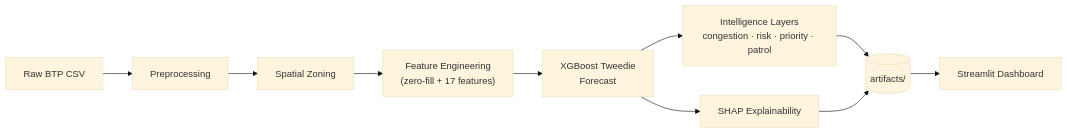
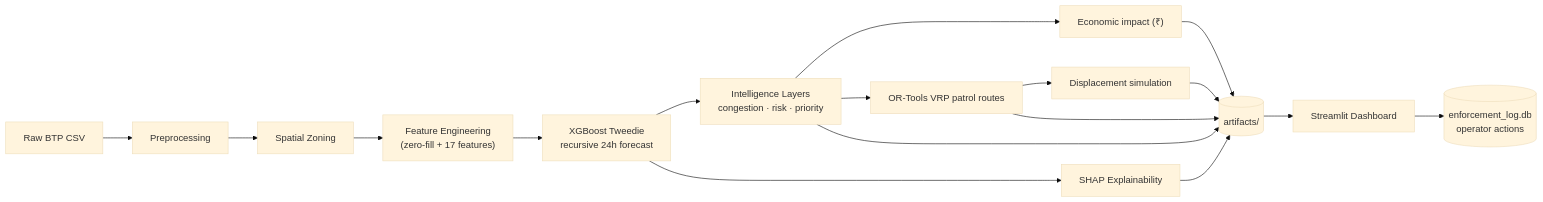
The first of 3 diagrams in README.md (SajeevSenthil/ParkFlow-AI), drawn with Mermaid (base theme) before and after one commit. The commit also changed other lines of this file and 5 other files, not shown here.

````diff
--- a/README.md
+++ b/README.md
@@ -39,12 +42,19 @@
 ```mermaid
 flowchart LR
   A[Raw BTP CSV] --> B[Preprocessing]
   B --> C[Spatial Zoning]
   C --> D["Feature Engineering<br/>(zero-fill + 17 features)"]
-  D --> E["XGBoost Tweedie<br/>Forecast"]
-  E --> F["Intelligence Layers<br/>congestion · risk · priority · patrol"]
+  D --> E["XGBoost Tweedie<br/>recursive 24h forecast"]
+  E --> F["Intelligence Layers<br/>congestion · risk · priority"]
   E --> G[SHAP Explainability]
+  F --> J["Economic impact (₹)"]
+  F --> K["OR-Tools VRP patrol routes"]
+  K --> L["Displacement simulation"]
   F --> H[(artifacts/)]
   G --> H
+  J --> H
+  K --> H
+  L --> H
   H --> I[Streamlit Dashboard]
+  I --> M[(enforcement_log.db<br/>operator actions)]
 ```
````
